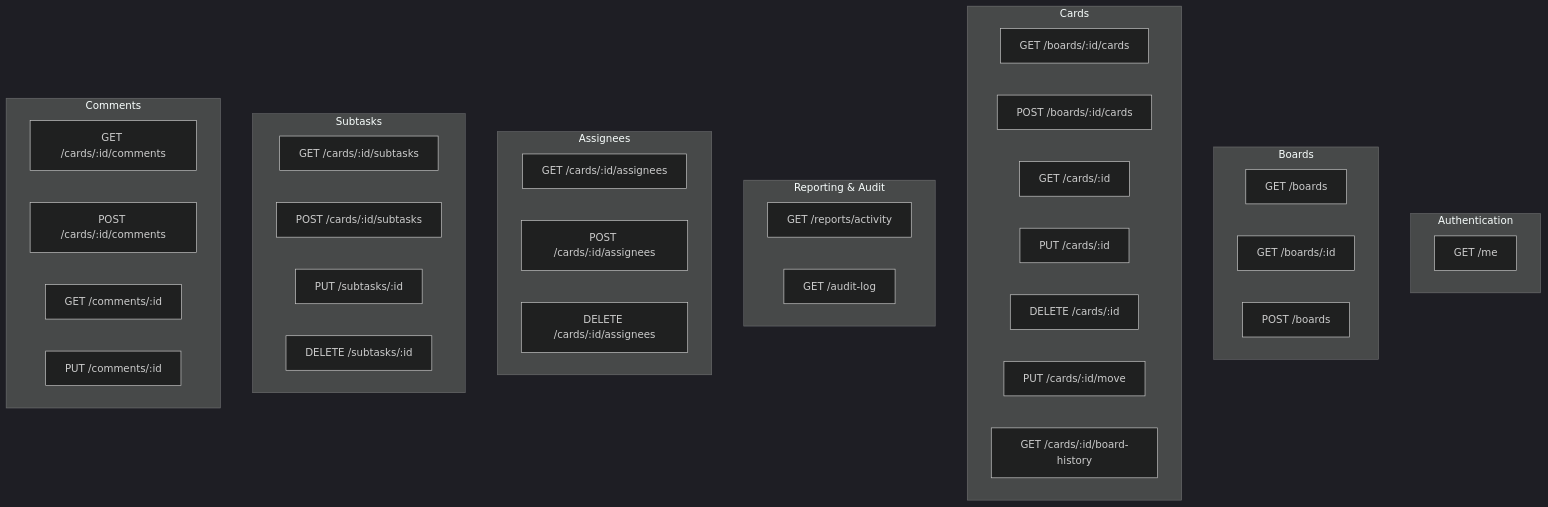
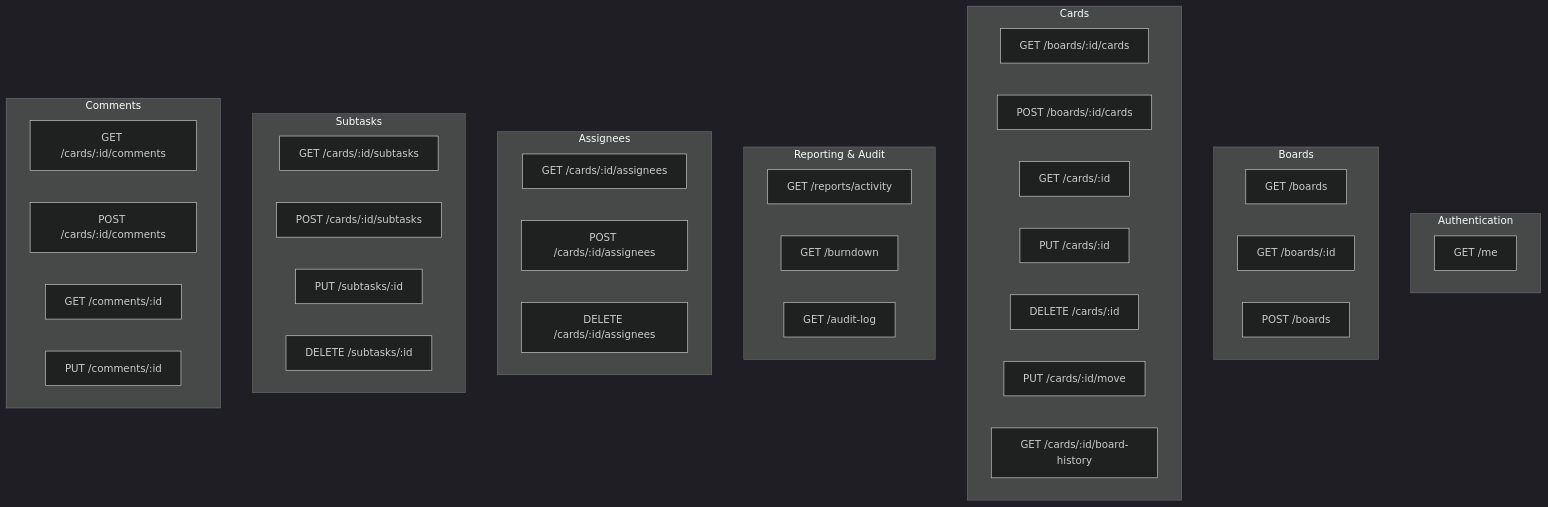
The diagram in docs/api-reference.md (gitBoon/DumpFire), drawn with Mermaid (dark theme) before and after one commit. The commit also changed other lines of this file and 22 other files, not shown here.

````diff
--- a/docs/api-reference.md
+++ b/docs/api-reference.md
@@ -70,47 +70,48 @@
 ```mermaid
 flowchart TB
     subgraph Auth["Authentication"]
         Me["GET /me"]
     end
 
     subgraph Boards["Boards"]
         ListBoards["GET /boards"]
         GetBoard["GET /boards/:id"]
         CreateBoard["POST /boards"]
     end
 
     subgraph Cards["Cards"]
         ListCards["GET /boards/:id/cards"]
         CreateCard["POST /boards/:id/cards"]
         GetCard["GET /cards/:id"]
         UpdateCard["PUT /cards/:id"]
         DeleteCard["DELETE /cards/:id"]
         MoveCard["PUT /cards/:id/move"]
         BoardHistory["GET /cards/:id/board-history"]
     end
 
     subgraph Reporting["Reporting & Audit"]
         Report["GET /reports/activity"]
+        Burndown["GET /burndown"]
         Audit["GET /audit-log"]
     end
 
     subgraph Assignees["Assignees"]
         ListAssignees["GET /cards/:id/assignees"]
         AddAssignee["POST /cards/:id/assignees"]
         RemoveAssignee["DELETE /cards/:id/assignees"]
     end
 
     subgraph Subtasks["Subtasks"]
         ListSubtasks["GET /cards/:id/subtasks"]
         CreateSubtask["POST /cards/:id/subtasks"]
         UpdateSubtask["PUT /subtasks/:id"]
         DeleteSubtask["DELETE /subtasks/:id"]
     end
 
     subgraph Comments["Comments"]
         ListComments["GET /cards/:id/comments"]
         AddComment["POST /cards/:id/comments"]
         GetComment["GET /comments/:id"]
         EditComment["PUT /comments/:id"]
     end
 ```
````
